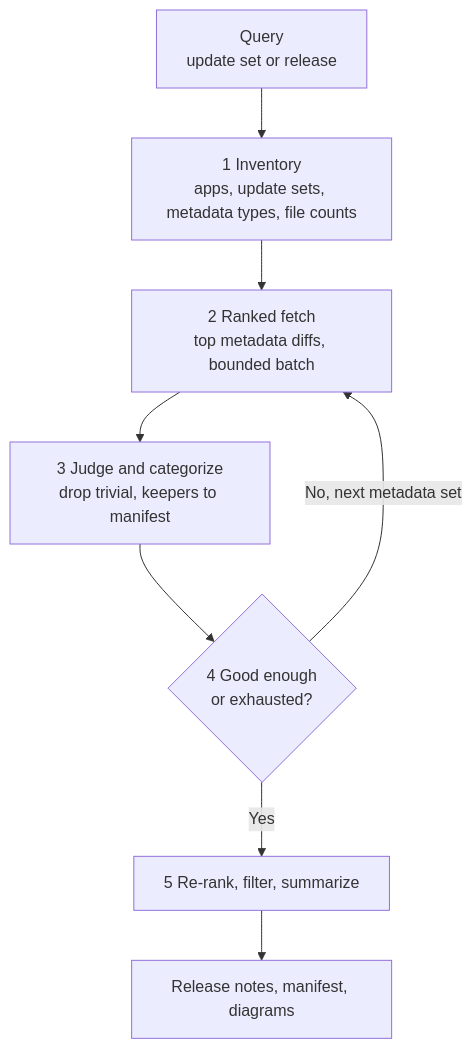
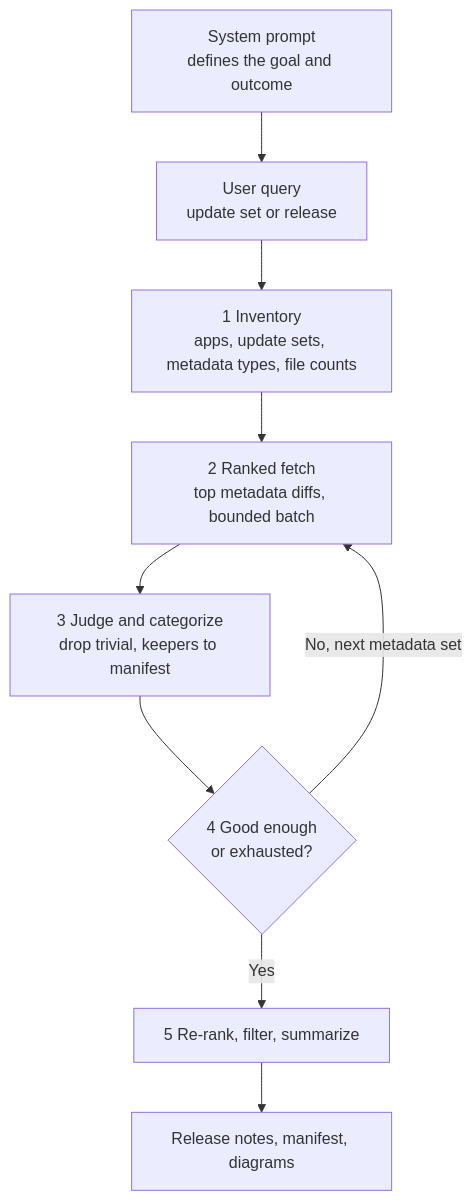
The diagram in deep-dives/ala-app-summary-agent.md (xpressabhi/xpressabhi.github.io), drawn with Mermaid before and after one commit. The commit also changed other lines of this file and 1 other file, not shown here.

````diff
--- a/deep-dives/ala-app-summary-agent.md
+++ b/deep-dives/ala-app-summary-agent.md
@@ -22,10 +24,11 @@
 ```mermaid
 flowchart TD
-    Q["Query<br/>update set or release"] --> INV["1 Inventory<br/>apps, update sets, metadata types, file counts"]
+    SP["System prompt<br/>defines the goal and outcome"] --> Q["User query<br/>update set or release"]
+    Q --> INV["1 Inventory<br/>apps, update sets, metadata types, file counts"]
     INV --> FETCH["2 Ranked fetch<br/>top metadata diffs, bounded batch"]
     FETCH --> JUDGE["3 Judge and categorize<br/>drop trivial, keepers to manifest"]
     JUDGE --> LOOP{"4 Good enough<br/>or exhausted?"}
     LOOP -- "No, next metadata set" --> FETCH
     LOOP -- Yes --> RR["5 Re-rank, filter, summarize"]
     RR --> OUT["Release notes, manifest, diagrams"]
 ```
````
